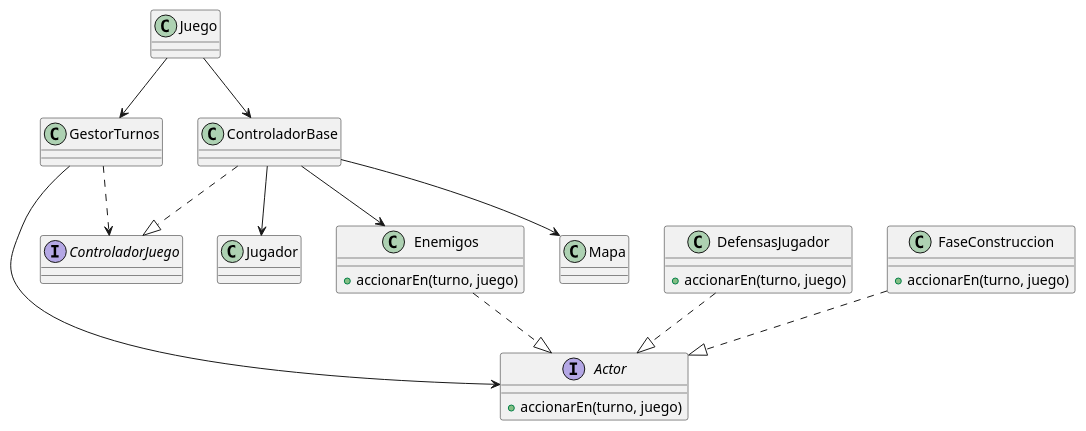
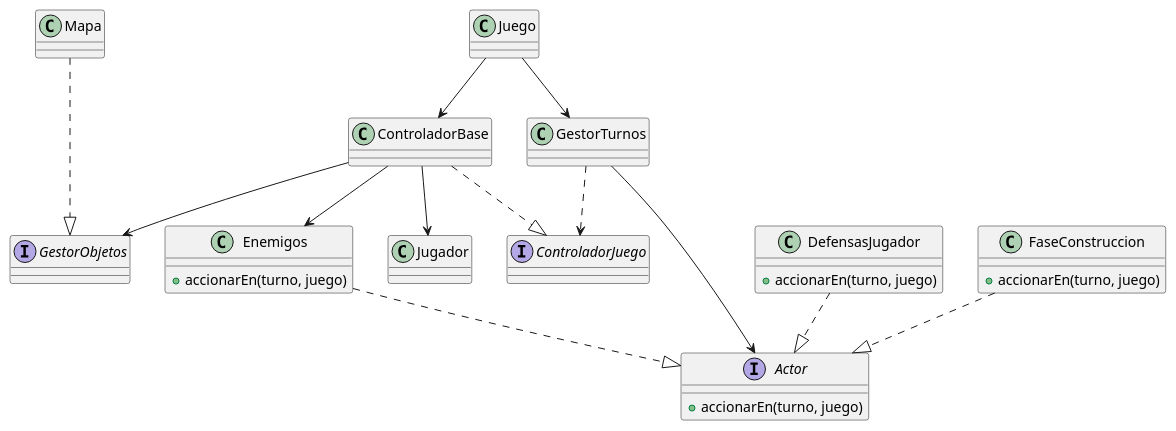
One commit to MarceloAgustinOrigoniGuillaume/Algo3_TP2_1C2023 changed the diagram in diagrams/classes/prototipoMarcelo/general.puml. Above: the diagram before and after it, drawn with PlantUML. The commit also changed 4 other files, not shown here.

```diff
--- a/diagrams/classes/prototipoMarcelo/general.puml
+++ b/diagrams/classes/prototipoMarcelo/general.puml
@@ -1,61 +1,65 @@
 @startuml
 
 interface ControladorJuego{
 
 }
 
 class Juego{
 }
 
 
 
 interface Actor{
     +accionarEn(turno, juego)
 }
 
 class Jugador{
 }
 
 
 
 class Enemigos{
     +accionarEn(turno, juego)
 }
 
 class DefensasJugador{
     +accionarEn(turno, juego)
 }
 
 class FaseConstruccion{
     +accionarEn(turno, juego)
 }
 
+interface GestorObjetos
+
 class Mapa{
 }
 
 class GestorTurnos{
 }
 
 
 class ControladorBase{
 }
 
 ControladorBase --> Jugador
-ControladorBase --> Mapa
+Mapa ...|> GestorObjetos
+ControladorBase --> GestorObjetos
+
 ControladorBase --> Enemigos
 ControladorBase ..|> ControladorJuego
 
 Juego --> GestorTurnos
 Juego-->ControladorBase
 
 GestorTurnos ..> ControladorJuego
 GestorTurnos --> Actor
 
 Enemigos ..|> Actor
 DefensasJugador ..|> Actor
 FaseConstruccion ..|> Actor
 
 
 
 
 @enduml
```
